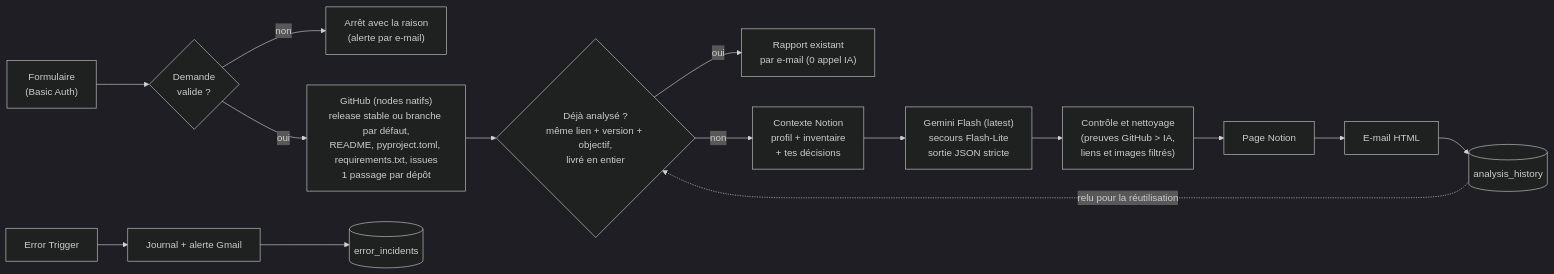
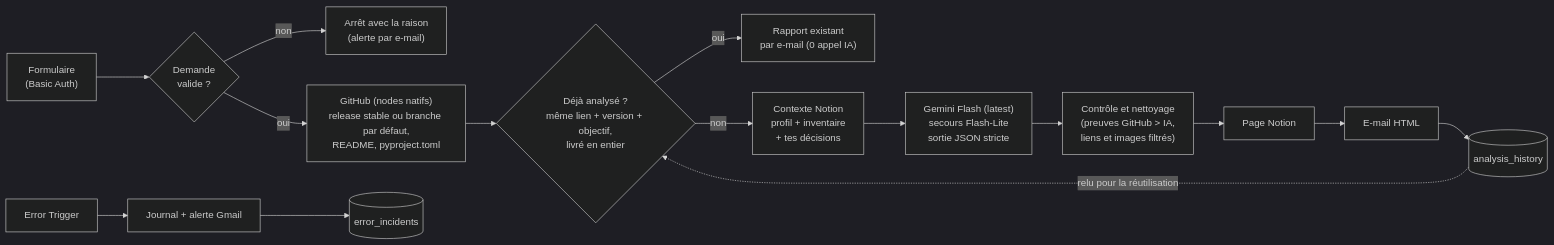
The diagram in n8n_workflow/README.md (Sh0oya/eugenia_n8n), drawn with Mermaid (dark theme) before and after one commit. The commit also changed other lines of this file and 20 other files, not shown here.

First line of the commit message:
feat(n8n): one repository per request, no issues, no requirements.txt (47 to 40 nodes)

````diff
--- a/n8n_workflow/README.md
+++ b/n8n_workflow/README.md
@@ -38,18 +38,18 @@
 ```mermaid
 flowchart LR
   F["Formulaire<br/>(Basic Auth)"] --> V{"Demande<br/>valide ?"}
   V -- non --> X["Arrêt avec la raison<br/>(alerte par e-mail)"]
-  V -- oui --> G["GitHub (nodes natifs)<br/>release stable ou branche par défaut,<br/>README, pyproject.toml, requirements.txt, issues<br/>1 passage par dépôt"]
+  V -- oui --> G["GitHub (nodes natifs)<br/>release stable ou branche par défaut,<br/>README, pyproject.toml"]
   G --> R{"Déjà analysé ?<br/>même lien + version + objectif,<br/>livré en entier"}
   R -- oui --> RU["Rapport existant<br/>par e-mail (0 appel IA)"]
   R -- non --> C["Contexte Notion<br/>profil + inventaire<br/>+ tes décisions"]
   C --> AI["Gemini Flash (latest)<br/>secours Flash-Lite<br/>sortie JSON stricte"]
   AI --> VC["Contrôle et nettoyage<br/>(preuves GitHub > IA,<br/>liens et images filtrés)"]
   VC --> N["Page Notion"]
   N --> M["E-mail HTML"]
   M --> H[("analysis_history")]
   H -. "relu pour la réutilisation" .-> R
 
   E["Error Trigger"] --> EL["Journal + alerte Gmail"]
   EL --> EI[("error_incidents")]
 ```
````
